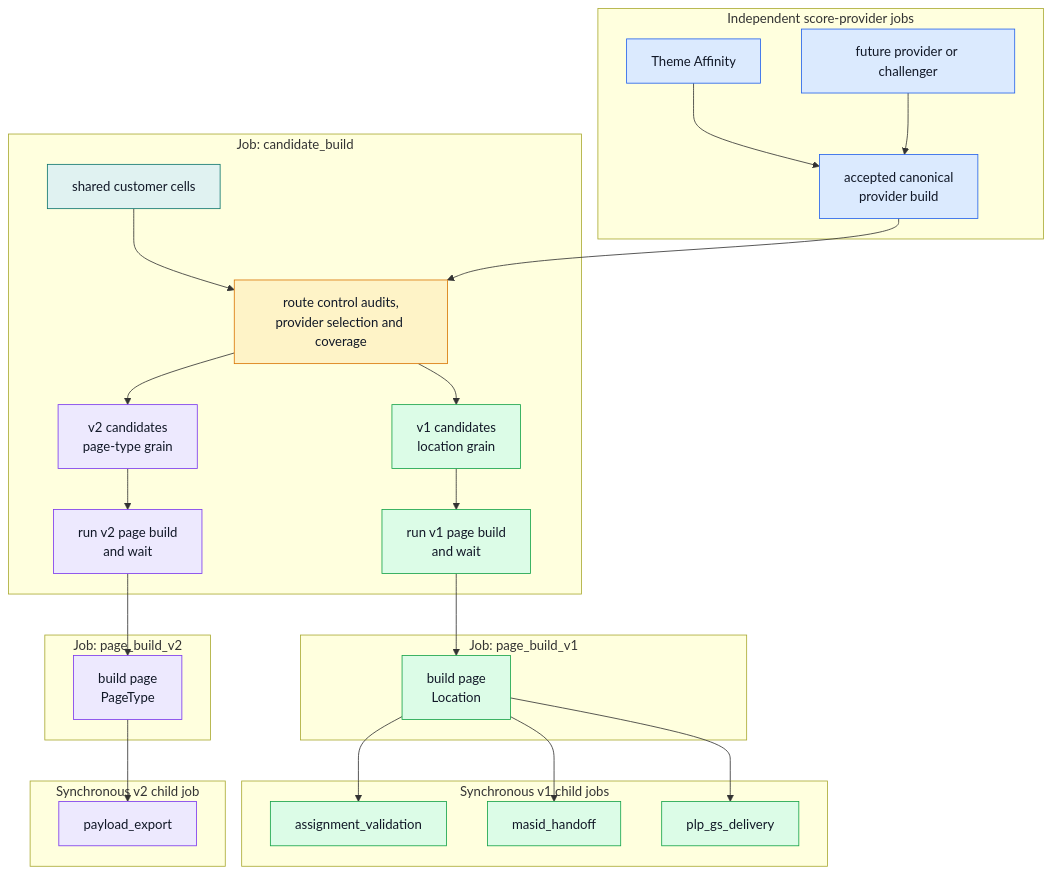
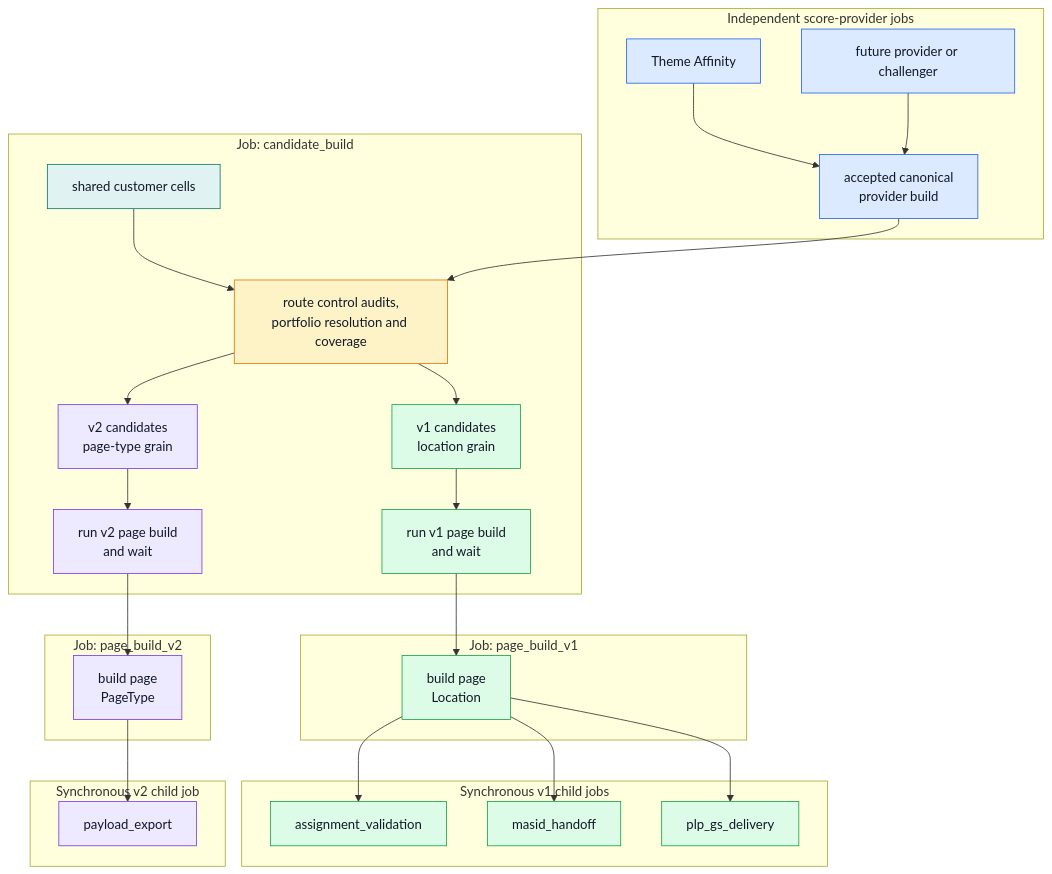
One commit to swblain-glyndwr/personal_project changed the first of 2 diagrams in docs/architecture/v1_v2_parallel_route.md. Above: the diagram before and after it, drawn with Mermaid. The commit also changed other lines of this file and 23 other files, not shown here.

````diff
--- a/docs/architecture/v1_v2_parallel_route.md
+++ b/docs/architecture/v1_v2_parallel_route.md
@@ -26,55 +26,55 @@
 ```mermaid
 flowchart TD
   classDef sharedModel fill:#dbeafe,stroke:#2563eb,color:#111827
   classDef sharedTask fill:#e0f2f1,stroke:#0f766e,color:#111827
   classDef v1 fill:#dcfce7,stroke:#16a34a,color:#111827
   classDef v2 fill:#ede9fe,stroke:#7c3aed,color:#111827
   classDef guardrail fill:#fef3c7,stroke:#d97706,color:#111827
   classDef external fill:#fef9c3,stroke:#ca8a04,color:#111827
 
   subgraph PROVIDERS["Independent score-provider jobs"]
     TA_START["Theme Affinity"]:::sharedModel
     OTHER["future provider or challenger"]:::sharedModel
     PROVIDER_OUT["accepted canonical<br/>provider build"]:::sharedModel
     TA_START --> PROVIDER_OUT
     OTHER --> PROVIDER_OUT
   end
 
   subgraph CAND_JOB["Job: candidate_build"]
     CAND_SHARED["shared customer cells"]:::sharedTask
-    CAND_GUARD["route control audits,<br/>provider selection and coverage"]:::guardrail
+    CAND_GUARD["route control audits,<br/>portfolio resolution and coverage"]:::guardrail
     CAND_V1["v1 candidates<br/>location grain"]:::v1
     CAND_V2["v2 candidates<br/>page-type grain"]:::v2
     TR1["run v1 page build<br/>and wait"]:::v1
     TR2["run v2 page build<br/>and wait"]:::v2
     CAND_SHARED --> CAND_GUARD
     CAND_GUARD --> CAND_V1 --> TR1
     CAND_GUARD --> CAND_V2 --> TR2
   end
 
   subgraph V1_PAGE_JOB["Job: page_build_v1"]
     PB1["build page<br/>Location"]:::v1
   end
 
   subgraph V2_PAGE_JOB["Job: page_build_v2"]
     PB2["build page<br/>PageType"]:::v2
   end
 
   subgraph V1_DELIVERY["Synchronous v1 child jobs"]
     QA["assignment_validation"]:::v1
     MASID["masid_handoff"]:::v1
     PLP["plp_gs_delivery"]:::v1
   end
 
   subgraph V2_DELIVERY["Synchronous v2 child job"]
     PAYLOAD["payload_export"]:::v2
   end
 
   PROVIDER_OUT --> CAND_GUARD
   TR1 --> PB1
   TR2 --> PB2
   PB1 --> QA
   PB1 --> MASID
   PB1 --> PLP
   PB2 --> PAYLOAD
 ```
````
